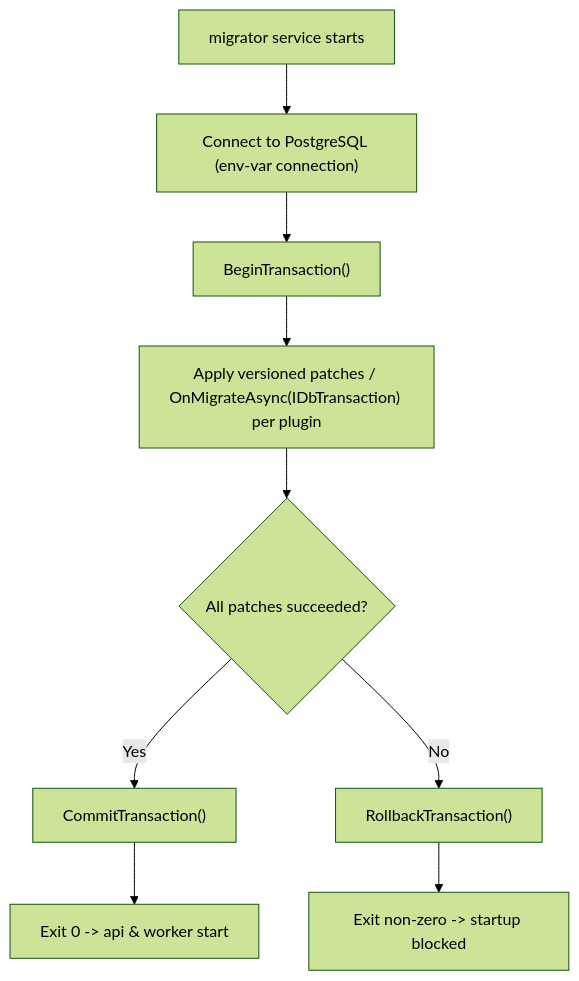
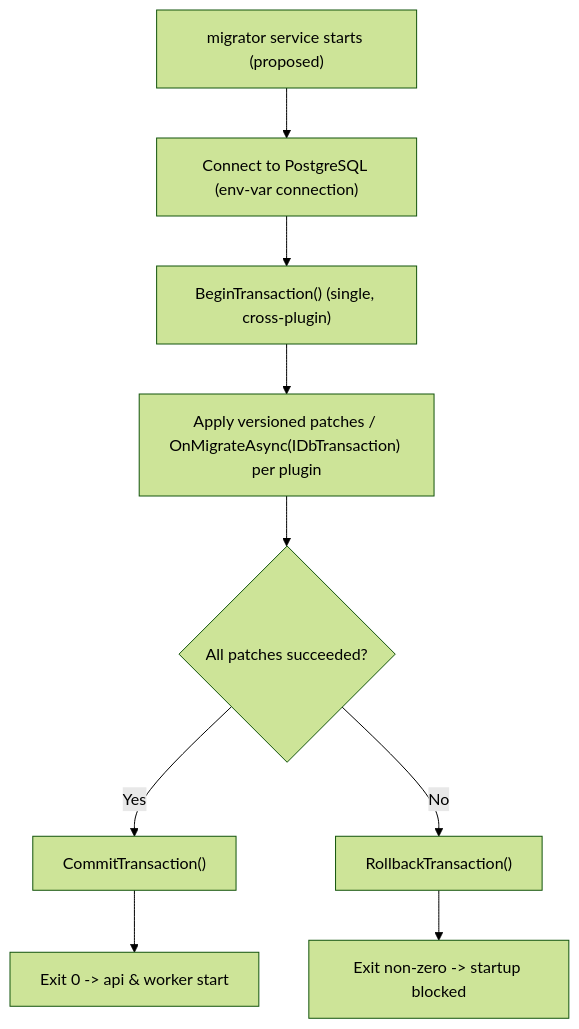
One commit to Blitzy-Sandbox/blitzy-WebVella-ERP changed the diagram in docs/migration/database-migration-job.md. Above: the diagram before and after it, drawn with Mermaid (forest theme). The commit also changed other lines of this file and 38 other files, not shown here.

````diff
--- a/docs/migration/database-migration-job.md
+++ b/docs/migration/database-migration-job.md
@@ -51,11 +76,11 @@
 ```mermaid
 flowchart TD
-    A["migrator service starts"] --> B["Connect to PostgreSQL (env-var connection)"]
-    B --> C["BeginTransaction()"]
+    A["migrator service starts (proposed)"] --> B["Connect to PostgreSQL (env-var connection)"]
+    B --> C["BeginTransaction() (single, cross-plugin)"]
     C --> D["Apply versioned patches / OnMigrateAsync(IDbTransaction) per plugin"]
     D --> E{"All patches succeeded?"}
     E -->|"Yes"| F["CommitTransaction()"]
     F --> G["Exit 0 -> api & worker start"]
     E -->|"No"| H["RollbackTransaction()"]
     H --> I["Exit non-zero -> startup blocked"]
 ```
````
